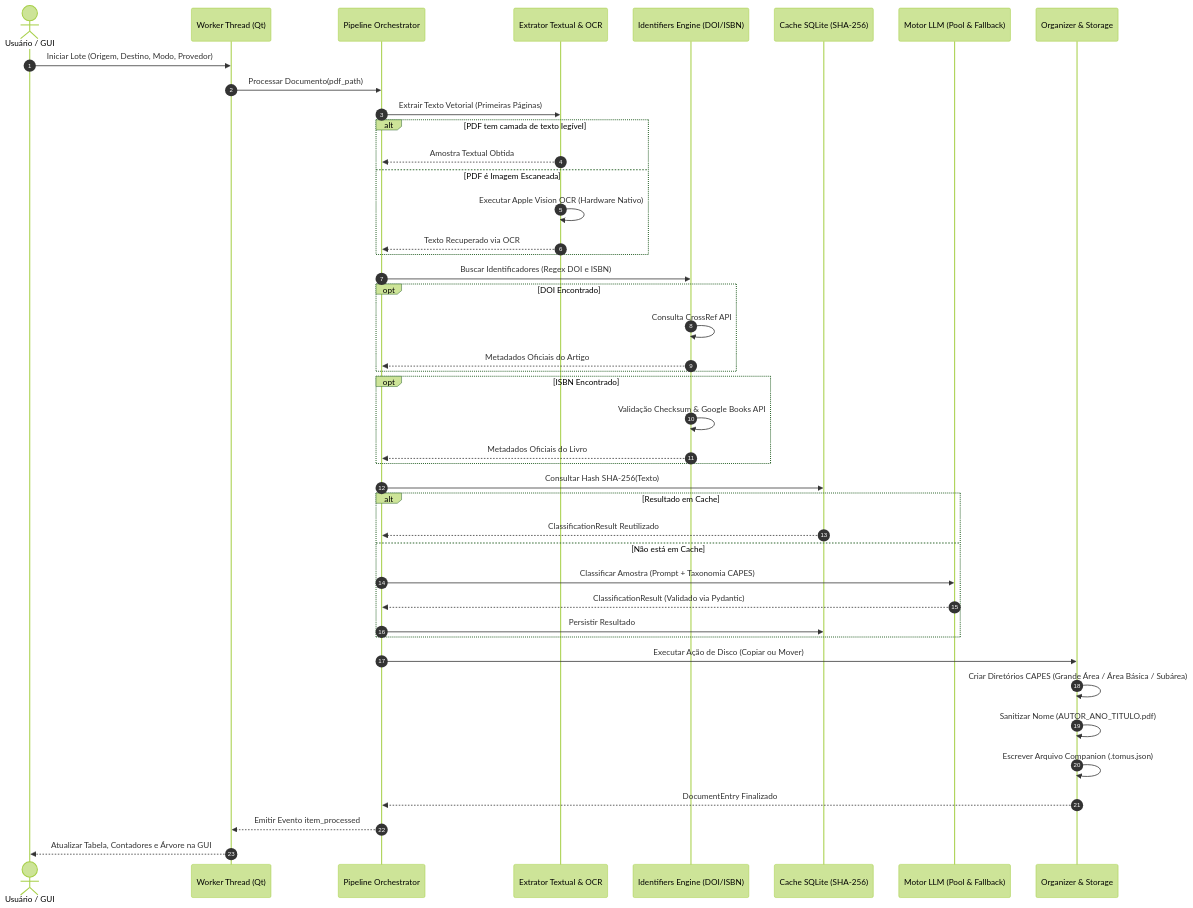
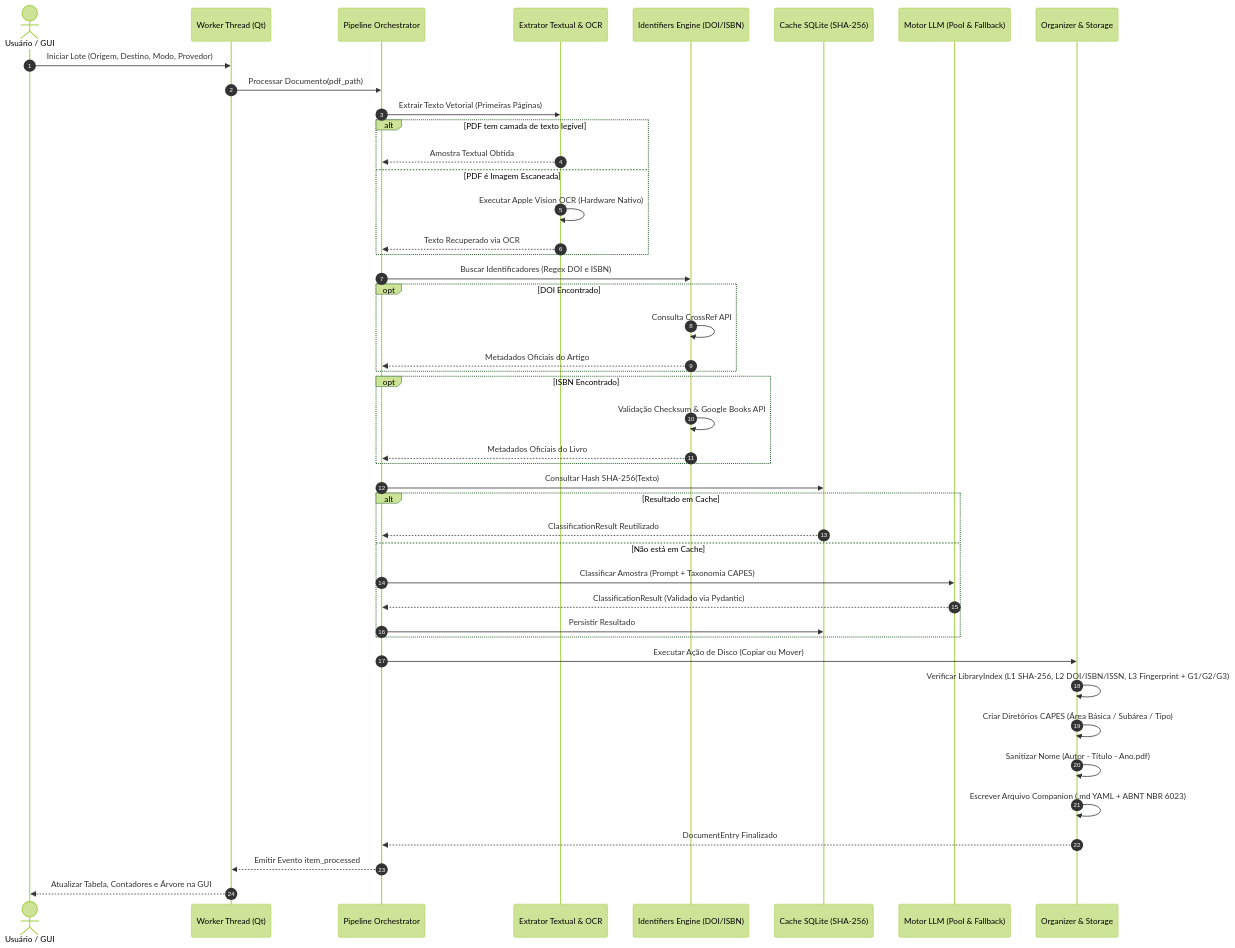
One commit to dcprj/tomus changed the second of 3 diagrams in docs/DOCUMENTACAO_TECNICA.md. Above: the diagram before and after it, drawn with Mermaid (forest theme). The commit also changed other lines of this file and 21 other files, not shown here.

````diff
--- a/docs/DOCUMENTACAO_TECNICA.md
+++ b/docs/DOCUMENTACAO_TECNICA.md
@@ -132,51 +132,52 @@
 ```mermaid
 sequenceDiagram
     autonumber
     actor Usuario as Usuário / GUI
     participant Worker as Worker Thread (Qt)
     participant Pipe as Pipeline Orchestrator
     participant Extract as Extrator Textual & OCR
     participant ID as Identifiers Engine (DOI/ISBN)
     participant Cache as Cache SQLite (SHA-256)
     participant LLM as Motor LLM (Pool & Fallback)
     participant Org as Organizer & Storage
 
     Usuario->>Worker: Iniciar Lote (Origem, Destino, Modo, Provedor)
     Worker->>Pipe: Processar Documento(pdf_path)
     
     Pipe->>Extract: Extrair Texto Vetorial (Primeiras Páginas)
     alt PDF tem camada de texto legível
         Extract-->>Pipe: Amostra Textual Obtida
     else PDF é Imagem Escaneada
         Extract->>Extract: Executar Apple Vision OCR (Hardware Nativo)
         Extract-->>Pipe: Texto Recuperado via OCR
     end
 
     Pipe->>ID: Buscar Identificadores (Regex DOI e ISBN)
     opt DOI Encontrado
         ID->>ID: Consulta CrossRef API
         ID-->>Pipe: Metadados Oficiais do Artigo
     end
     opt ISBN Encontrado
         ID->>ID: Validação Checksum & Google Books API
         ID-->>Pipe: Metadados Oficiais do Livro
     end
 
     Pipe->>Cache: Consultar Hash SHA-256(Texto)
     alt Resultado em Cache
         Cache-->>Pipe: ClassificationResult Reutilizado
     else Não está em Cache
         Pipe->>LLM: Classificar Amostra (Prompt + Taxonomia CAPES)
         LLM-->>Pipe: ClassificationResult (Validado via Pydantic)
         Pipe->>Cache: Persistir Resultado
     end
 
     Pipe->>Org: Executar Ação de Disco (Copiar ou Mover)
-    Org->>Org: Criar Diretórios CAPES (Grande Área / Área Básica / Subárea)
-    Org->>Org: Sanitizar Nome (AUTOR_ANO_TITULO.pdf)
-    Org->>Org: Escrever Arquivo Companion (.tomus.json)
+    Org->>Org: Verificar LibraryIndex (L1 SHA-256, L2 DOI/ISBN/ISSN, L3 Fingerprint + G1/G2/G3)
+    Org->>Org: Criar Diretórios CAPES (Área Básica / Subárea / Tipo)
+    Org->>Org: Sanitizar Nome (Autor - Título - Ano.pdf)
+    Org->>Org: Escrever Arquivo Companion (.md YAML + ABNT NBR 6023)
     Org-->>Pipe: DocumentEntry Finalizado
     
     Pipe-->>Worker: Emitir Evento item_processed
     Worker-->>Usuario: Atualizar Tabela, Contadores e Árvore na GUI
 ```
````
